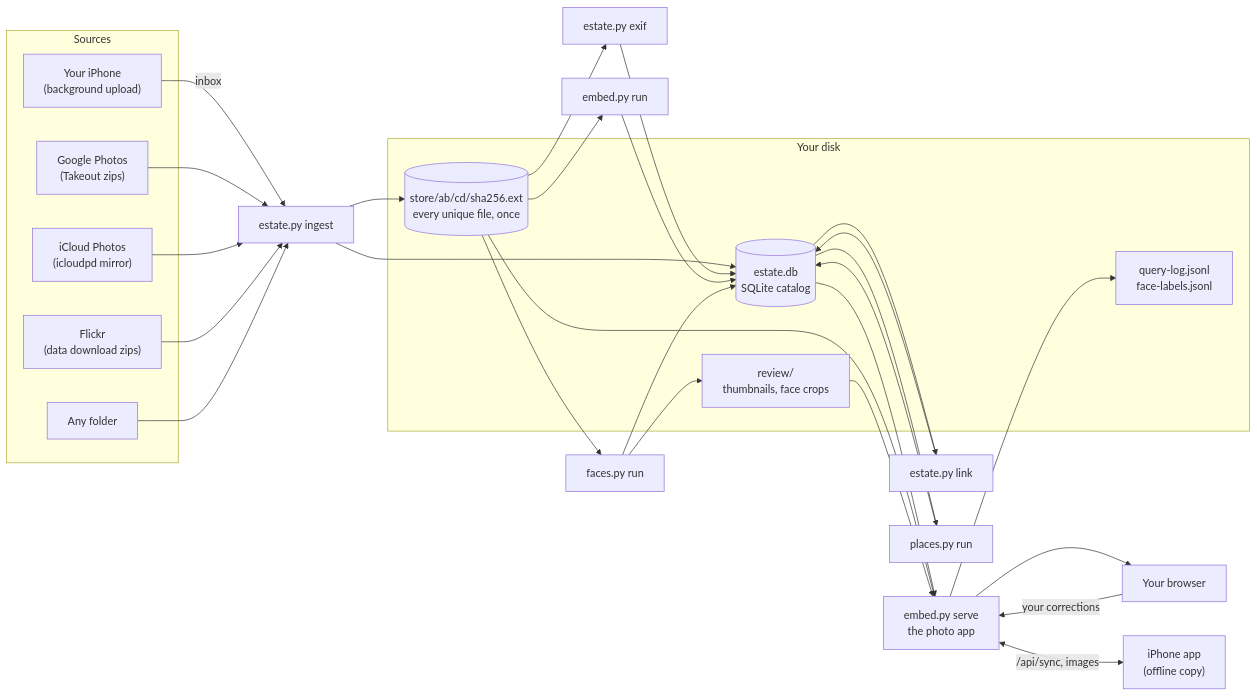
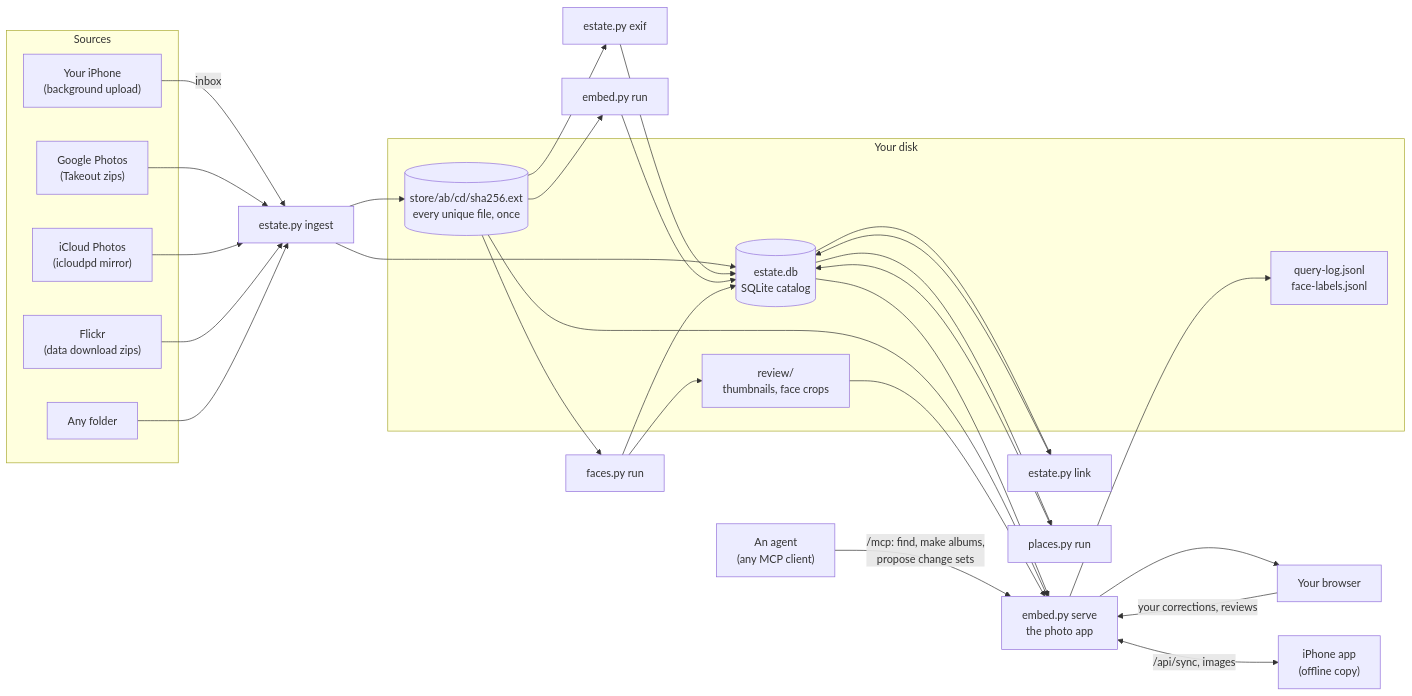
Before and after one commit to jflam/photo-estate: the diagram in docs/book/README.md, drawn with Mermaid. The commit also changed other lines of this file and 36 other files, not shown here.

````diff
--- a/docs/book/README.md
+++ b/docs/book/README.md
@@ -49,33 +52,34 @@
 ```mermaid
 flowchart LR
     subgraph Sources
       G["Google Photos<br/>(Takeout zips)"]
       I["iCloud Photos<br/>(icloudpd mirror)"]
       F["Flickr<br/>(data download zips)"]
       O["Any folder"]
       P["Your iPhone<br/>(background upload)"]
     end
     subgraph Disk["Your disk"]
       ST[("store/ab/cd/sha256.ext<br/>every unique file, once")]
       DB[("estate.db<br/>SQLite catalog")]
       CA["review/<br/>thumbnails, face crops"]
       LG["query-log.jsonl<br/>face-labels.jsonl"]
     end
     P -->|"inbox"| ING
     G & I & F & O --> ING["estate.py ingest"]
     ING --> ST
     ING --> DB
     DB --> LNK["estate.py link"] --> DB
     ST --> EX["estate.py exif"] --> DB
     DB --> PL["places.py run"] --> DB
     ST --> EM["embed.py run"] --> DB
     ST --> FA["faces.py run"] --> DB
     FA --> CA
     DB --> SRV["embed.py serve<br/>the photo app"]
     ST --> SRV
     CA --> SRV
     SRV --> LG
     SRV --> BR["Your browser"]
     SRV <-->|"/api/sync, images"| IOS["iPhone app<br/>(offline copy)"]
-    BR -->|"your corrections"| SRV
+    BR -->|"your corrections, reviews"| SRV
+    AGT["An agent<br/>(any MCP client)"] -->|"/mcp: find, make albums,<br/>propose change sets"| SRV
 ```
````
